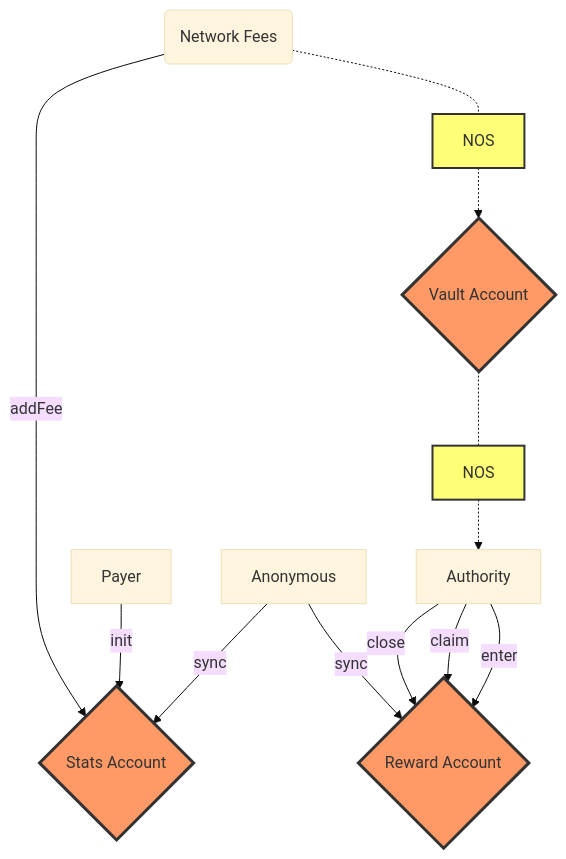
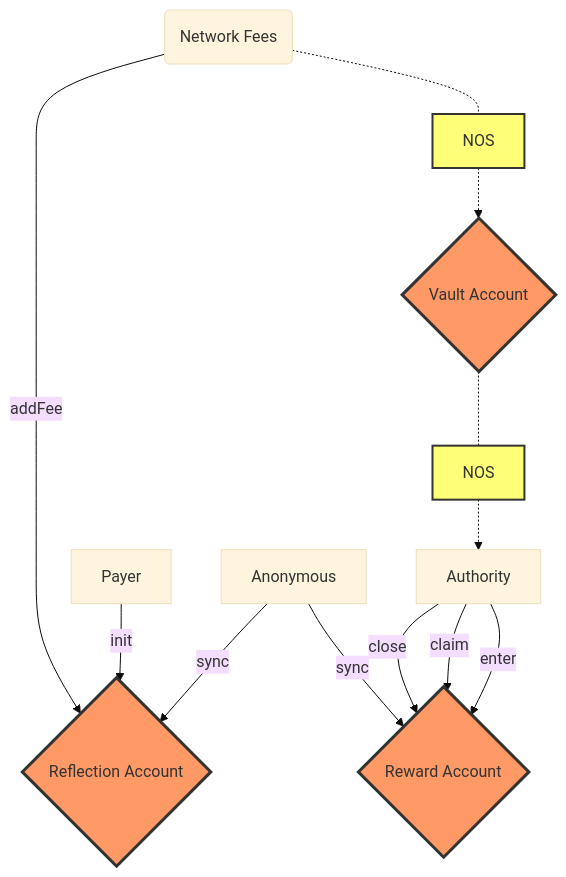
The diagram in docs/programs/rewards.md (nosana-ci/docs.nosana.io), drawn with Mermaid (base theme) before and after one commit. The commit also changed other lines of this file and 2 other files, not shown here.

Commit message:
Update stats to reflection

````diff
--- a/docs/programs/rewards.md
+++ b/docs/programs/rewards.md
@@ -19,20 +19,20 @@
 ```mermaid
 flowchart TB
     Authority -- enter --> di1{Reward Account}
     Authority -- claim --> di1{Reward Account}
     Authority -- close --> di1{Reward Account}
 
     Anonymous -- sync --> di1{Reward Account}
-    Anonymous -- sync --> di3{Stats Account}
+    Anonymous -- sync --> di3{Reflection Account}
 
     Payer -- init --> di3{Sats Account}
 
-    ci(Network Fees) -- addFee --> di3{Stats Account}
+    ci(Network Fees) -- addFee --> di3{Reflection Account}
     ci(Network Fees) -.- sq1[NOS] -.->di2{Vault Account} -.- sq2[NOS] -.-> Authority
 
     classDef orange fill:#f96,stroke:#333,stroke-width:3px;
     classDef yellow fill:#ff7,stroke:#333,stroke-width:2px;
 
     class di1,di2,di3 orange
     class sq1,sq2 yellow
 ```
````
